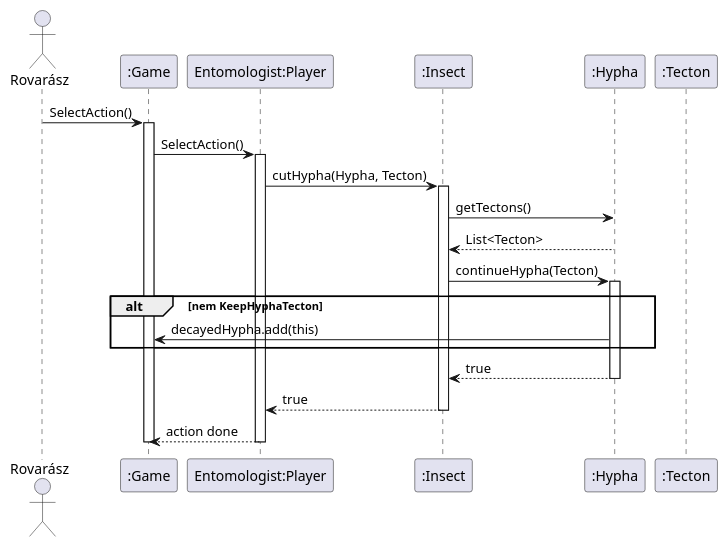
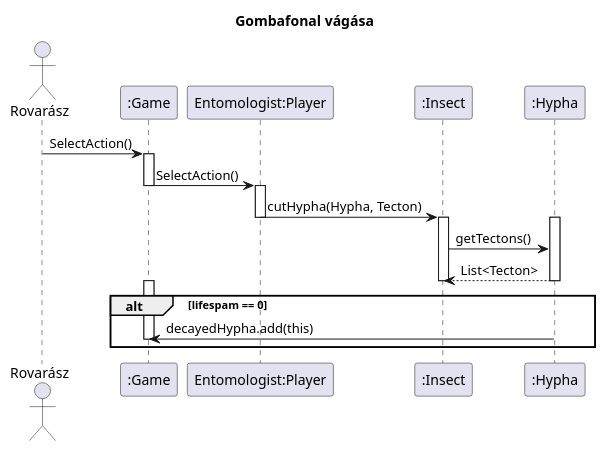
Before and after one commit to hujberhunor/SzomiSztegoProjlab: the diagram in docs/Sequence/Gombafonal-vagas.plantuml, drawn with PlantUML. The commit also changed 6 other files, not shown here.

```diff
--- a/docs/Sequence/Gombafonal-vagas.plantuml
+++ b/docs/Sequence/Gombafonal-vagas.plantuml
@@ -1,38 +1,39 @@
 @startuml SD_hypCut
+title: Gombafonal vágása
 
 actor Rovarász
 participant ":Game" as Game
 participant "Entomologist:Player" as Player
 participant ":Insect" as Insect
 participant ":Hypha" as Hypha
-participant ":Tecton" as Tecton
+'participant ":Tecton" as Tecton
 
 Rovarász -> Game: SelectAction()
 activate Game
 
 Game -> Player: SelectAction()
+
+deactivate Game 
 activate Player
 
 Player -> Insect: cutHypha(Hypha, Tecton)
+deactivate Player
+
 activate Insect
-
+activate Hypha
 Insect -> Hypha: getTectons()
 Hypha --> Insect: List<Tecton>
-
-Insect -> Hypha: continueHypha(Tecton)
-activate Hypha
-
-alt nem KeepHyphaTecton
-    Hypha -> Game: decayedHypha.add(this)
-end
-
-Hypha --> Insect: true
 deactivate Hypha
 
-Insect --> Player: true
 deactivate Insect
 
-Player --> Game: action done
+
+    alt lifespam == 0
+    activate Game
+    Hypha -> Game: decayedHypha.add(this)
+    deactivate Game
+    end
+
 deactivate Player
 deactivate Game
 @enduml
```
